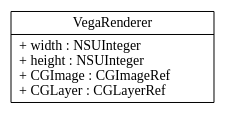
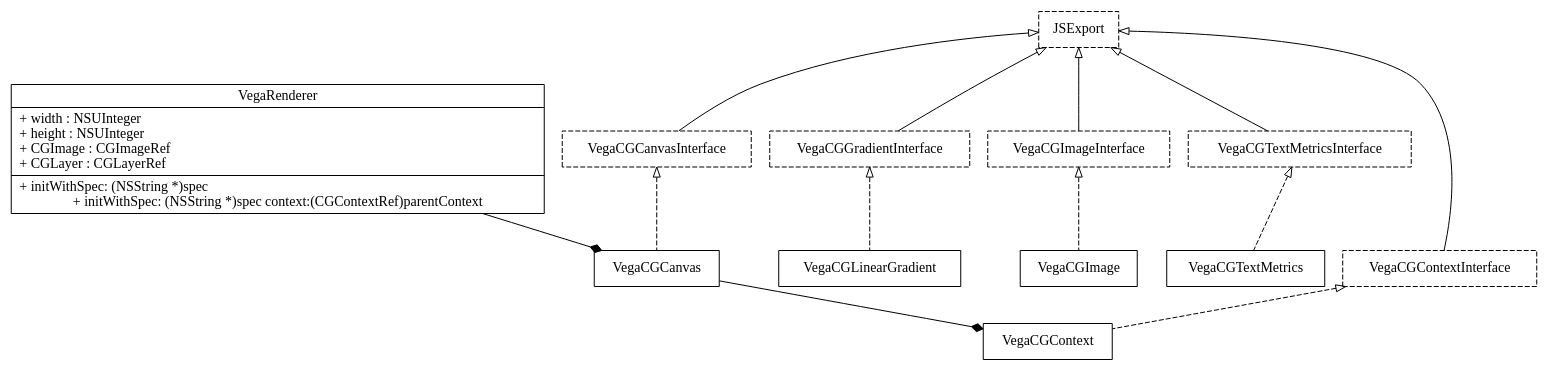
Before and after one commit to apple/turicreate: the diagram in src/vega_renderer/VegaRenderer/VegaRenderer.uml.dot, drawn with Graphviz. The commit also changed 2 other files, not shown here.

Commit message:
Add architecture diagram

```diff
--- a/src/vega_renderer/VegaRenderer/VegaRenderer.uml.dot
+++ b/src/vega_renderer/VegaRenderer/VegaRenderer.uml.dot
@@ -1,11 +1,90 @@
 digraph VegaRenderer {
-    fontname = "Helvetica Neue"
+
     fontsize = 12
     
     node [ shape="record" ]
-    edge [ arrowtail="empty" ]
+    edge [ arrowtail="empty", arrowhead="diamond" ]
 
     VegaRenderer [
-        label="{VegaRenderer|+ width : NSUInteger\l+ height : NSUInteger\l+ CGImage : CGImageRef\l+ CGLayer : CGLayerRef\l}"
+        label="{VegaRenderer|+ width : NSUInteger\l+ height : NSUInteger\l+ CGImage : CGImageRef\l+ CGLayer : CGLayerRef\l|+ initWithSpec: (NSString *)spec\l+ initWithSpec: (NSString *)spec  context:(CGContextRef)parentContext}"
     ]
+
+    VegaRenderer -> VegaCGCanvas
+    VegaCGCanvas -> VegaCGContext
+
+    VegaCGLinearGradient
+    VegaCGImage
+    VegaCGTextMetrics
+    VegaCGContext
+    VegaCGCanvas
+
+    JSExport [
+        style="dashed"
+    ]
+
+    VegaCGGradientInterface [
+        style="dashed"
+    ]
+    JSExport -> VegaCGGradientInterface [
+        arrowhead="empty"
+        dir="back"
+    ]
+    VegaCGGradientInterface -> VegaCGLinearGradient [
+        arrowhead="empty"
+        dir="back"
+        style="dashed"
+    ]
+
+    VegaCGImageInterface [
+        style="dashed"
+    ]
+    JSExport -> VegaCGImageInterface [
+        arrowhead="empty"
+        dir="back"
+    ]
+    VegaCGImageInterface -> VegaCGImage [
+        arrowhead="empty"
+        dir="back"
+        style="dashed"
+    ]
+
+    VegaCGTextMetricsInterface [
+        style="dashed"
+    ]
+    JSExport -> VegaCGTextMetricsInterface [
+        arrowhead="empty"
+        dir="back"
+    ]
+    VegaCGTextMetricsInterface -> VegaCGTextMetrics [
+        arrowhead="empty"
+        dir="back"
+        style="dashed"
+    ]
+
+    VegaCGContextInterface [
+        style="dashed"
+    ]
+    JSExport -> VegaCGContextInterface [
+        arrowhead="empty"
+        dir="back"
+    ]
+    VegaCGContextInterface -> VegaCGContext [
+        arrowhead="empty"
+        dir="back"
+        style="dashed"
+    ]
+
+    VegaCGCanvasInterface [
+        style="dashed"
+    ]
+    JSExport -> VegaCGCanvasInterface [
+        arrowhead="empty"
+        dir="back"
+    ]
+    VegaCGCanvasInterface -> VegaCGCanvas [
+        arrowhead="empty"
+        dir="back"
+        style="dashed"
+    ]
+
 }
```
